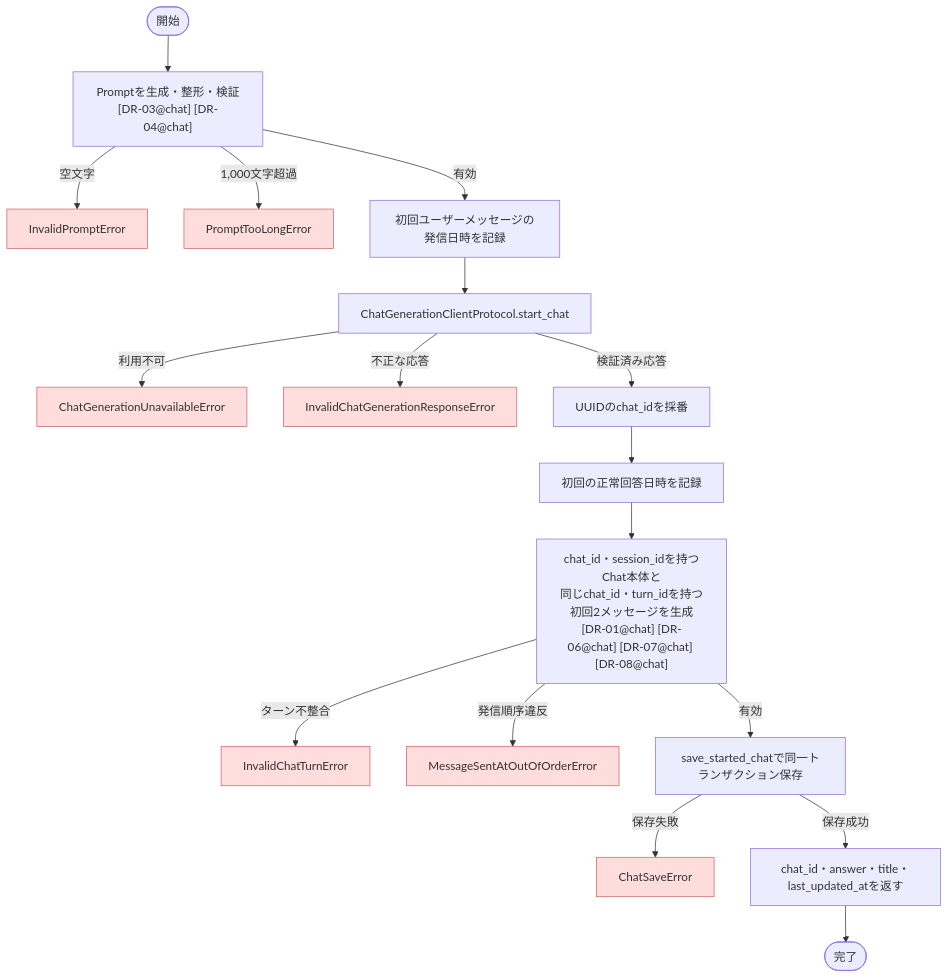
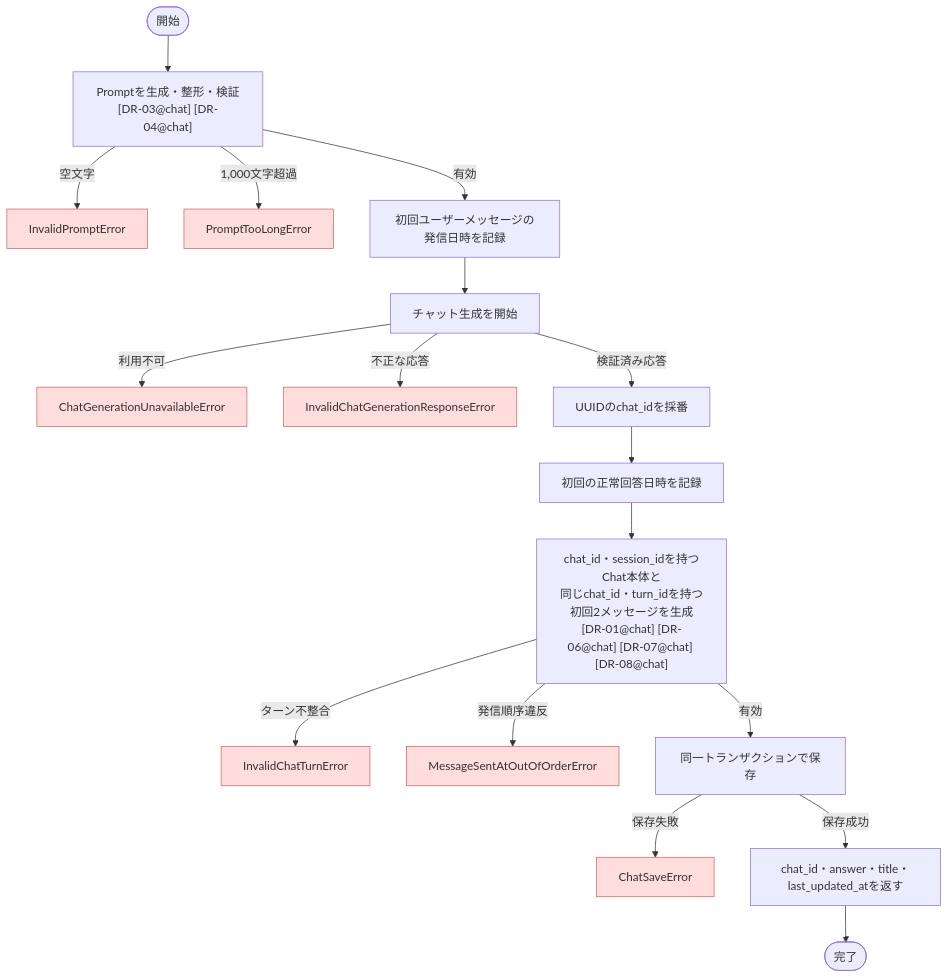
The diagram in docs/backend/specification/usecases/chat/start_chat.md (ponta-kh/paperbuddy), drawn with Mermaid before and after one commit. The commit also changed other lines of this file and 12 other files, not shown here.

````diff
--- a/docs/backend/specification/usecases/chat/start_chat.md
+++ b/docs/backend/specification/usecases/chat/start_chat.md
@@ -109,27 +109,27 @@
 ```mermaid
 flowchart TD
     A([開始]) --> B["Promptを生成・整形・検証\n[DR-03@chat] [DR-04@chat]"]
     B -->|空文字| ERR1["InvalidPromptError"]
     B -->|1,000文字超過| ERR2["PromptTooLongError"]
     B -->|有効| C["初回ユーザーメッセージの発信日時を記録"]
-    C --> D["ChatGenerationClientProtocol.start_chat"]
+    C --> D["チャット生成を開始"]
     D -->|利用不可| ERR3["ChatGenerationUnavailableError"]
     D -->|不正な応答| ERR4["InvalidChatGenerationResponseError"]
     D -->|検証済み応答| ID["UUIDのchat_idを採番"]
     ID --> T["初回の正常回答日時を記録"]
     T --> E["chat_id・session_idを持つChat本体と\n同じchat_id・turn_idを持つ初回2メッセージを生成\n[DR-01@chat] [DR-06@chat] [DR-07@chat] [DR-08@chat]"]
     E -->|ターン不整合| ERR5["InvalidChatTurnError"]
     E -->|発信順序違反| ERR6["MessageSentAtOutOfOrderError"]
-    E -->|有効| G["save_started_chatで同一トランザクション保存"]
+    E -->|有効| G["同一トランザクションで保存"]
     G -->|保存失敗| ERR7["ChatSaveError"]
     G -->|保存成功| H["chat_id・answer・title・last_updated_atを返す"]
     H --> I([完了])
 
     style ERR1 fill:#fdd,stroke:#c66
     style ERR2 fill:#fdd,stroke:#c66
     style ERR3 fill:#fdd,stroke:#c66
     style ERR4 fill:#fdd,stroke:#c66
     style ERR5 fill:#fdd,stroke:#c66
     style ERR6 fill:#fdd,stroke:#c66
     style ERR7 fill:#fdd,stroke:#c66
 ```
````
